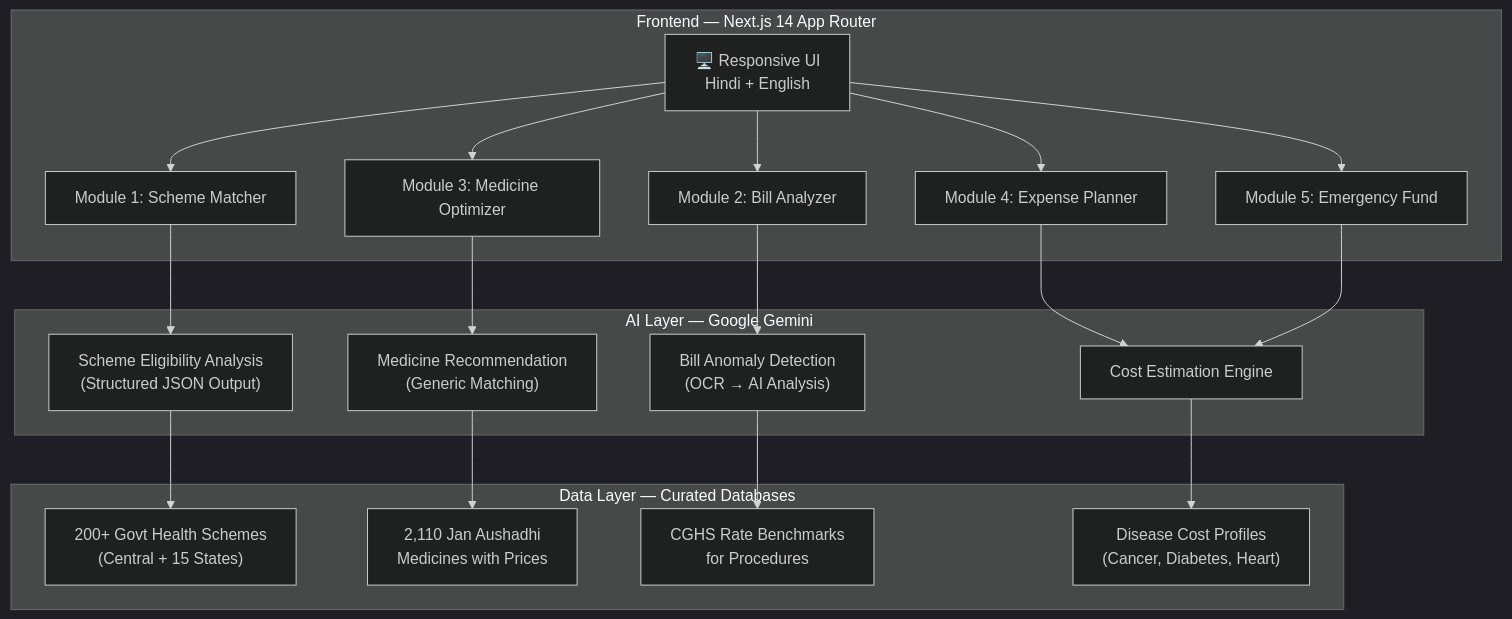
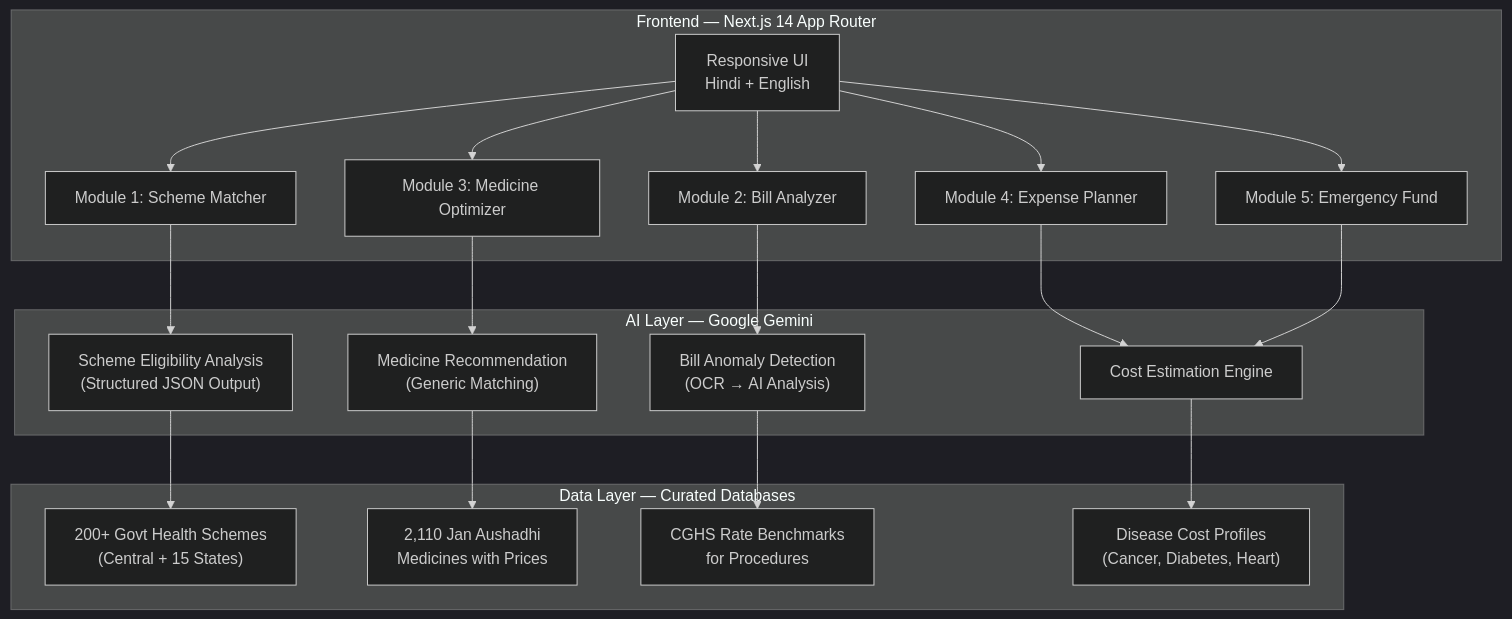
The third of 3 diagrams in IMPLEMENTATION.md (batmanven/blueprint-hackathon), drawn with Mermaid (dark theme) before and after one commit. The commit also changed other lines of this file and 1 other file, not shown here.

````diff
--- a/IMPLEMENTATION.md
+++ b/IMPLEMENTATION.md
@@ -113,31 +116,31 @@
 ```mermaid
 graph TB
     subgraph "Frontend — Next.js 14 App Router"
-        UI["🖥️ Responsive UI<br/>Hindi + English"]
+        UI["Responsive UI<br/>Hindi + English"]
         M1["Module 1: Scheme Matcher"]
-        M2["Module 2: Bill Analyzer"]  
+        M2["Module 2: Bill Analyzer"]
         M3["Module 3: Medicine Optimizer"]
         M4["Module 4: Expense Planner"]
         M5["Module 5: Emergency Fund"]
     end
-    
+
     subgraph "AI Layer — Google Gemini"
         G1["Scheme Eligibility Analysis<br/>(Structured JSON Output)"]
         G2["Bill Anomaly Detection<br/>(OCR → AI Analysis)"]
         G3["Medicine Recommendation<br/>(Generic Matching)"]
         G4["Cost Estimation Engine"]
     end
-    
+
     subgraph "Data Layer — Curated Databases"
         DB1["200+ Govt Health Schemes<br/>(Central + 15 States)"]
         DB2["2,110 Jan Aushadhi<br/>Medicines with Prices"]
         DB3["CGHS Rate Benchmarks<br/>for Procedures"]
         DB4["Disease Cost Profiles<br/>(Cancer, Diabetes, Heart)"]
     end
-    
+
     UI --> M1 & M2 & M3 & M4 & M5
     M1 --> G1 --> DB1
     M2 --> G2 --> DB3
     M3 --> G3 --> DB2
     M4 & M5 --> G4 --> DB4
 ```
````
